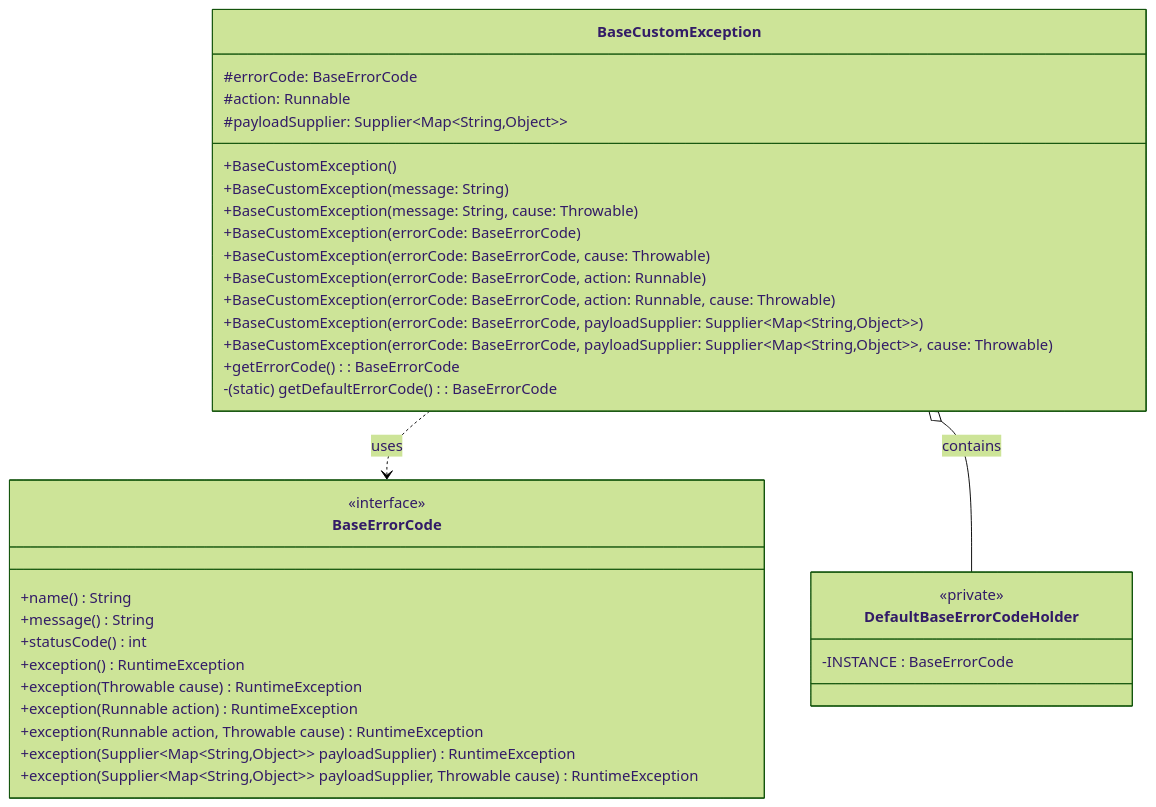
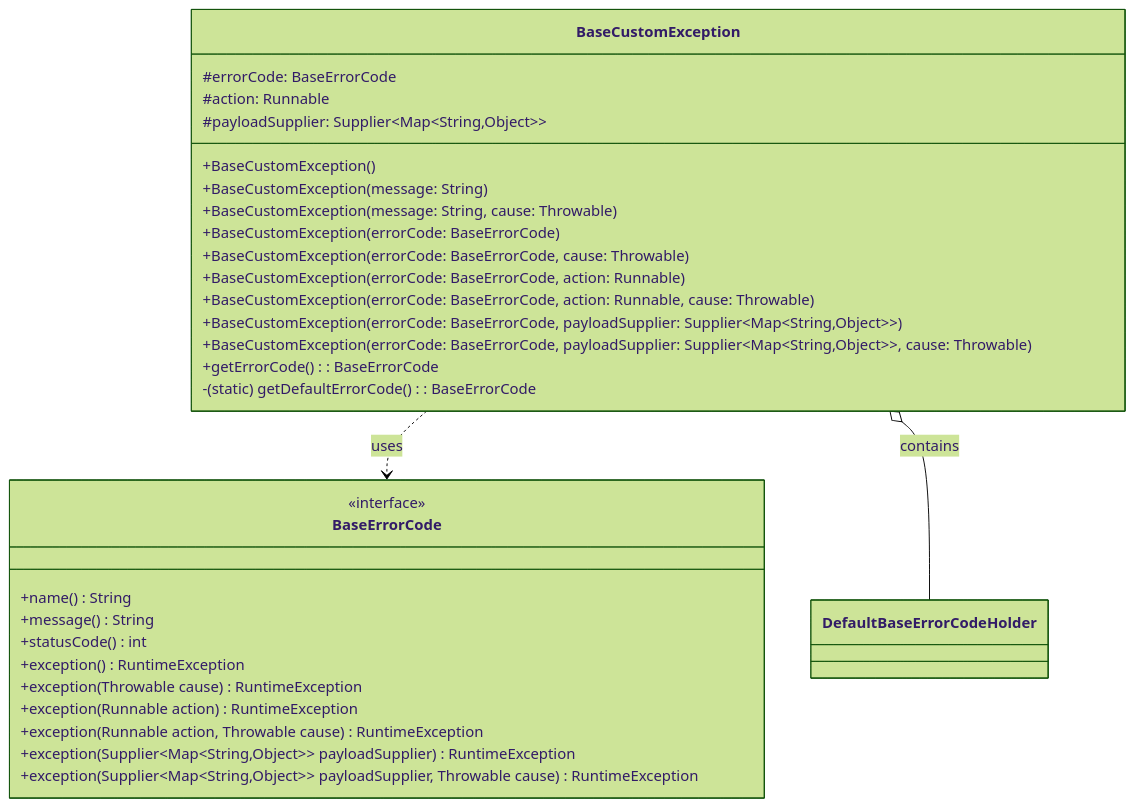
One commit to merge-simpson/letsdev-error-code-api changed the second of 3 diagrams in README.md. Above: the diagram before and after it, drawn with Mermaid.

Commit message:
docs(readme): keep editing (remove inner class diagram)

````diff
--- a/README.md
+++ b/README.md
@@ -50,45 +50,45 @@
 ```mermaid
 %%{init: {"theme": "forest", "themeVariables": {"fontFamily": "Comic Sans MS"}}}%%
 classDiagram
 %% 클래스 목록
     class BaseErrorCode {
         <<interface>>
         +name() String
         +message() String
         +statusCode() int
         +exception() RuntimeException
         +exception(Throwable cause) RuntimeException
         +exception(Runnable action) RuntimeException
         +exception(Runnable action, Throwable cause) RuntimeException
         +exception(Supplier&lt;Map&lt;String,Object>> payloadSupplier) RuntimeException
         +exception(Supplier&lt;Map&lt;String,Object>> payloadSupplier, Throwable cause) RuntimeException
     }
 
     class BaseCustomException {
         #errorCode: BaseErrorCode
         #action: Runnable
         #payloadSupplier: Supplier&lt;Map&lt;String,Object>>
         
         +BaseCustomException()
         +BaseCustomException(message: String)
         +BaseCustomException(message: String, cause: Throwable)
         +BaseCustomException(errorCode: BaseErrorCode)
         +BaseCustomException(errorCode: BaseErrorCode, cause: Throwable)
         +BaseCustomException(errorCode: BaseErrorCode, action: Runnable)
         +BaseCustomException(errorCode: BaseErrorCode, action: Runnable, cause: Throwable)
         +BaseCustomException(errorCode: BaseErrorCode, payloadSupplier: Supplier&lt;Map&lt;String,Object>>)
         +BaseCustomException(errorCode: BaseErrorCode, payloadSupplier: Supplier&lt;Map&lt;String,Object>>, cause: Throwable)
         
         +getErrorCode() : BaseErrorCode
         -(static) getDefaultErrorCode() : BaseErrorCode
     }
 
-    class DefaultBaseErrorCodeHolder {
-        <<private>>
-        -INSTANCE : BaseErrorCode
-    }
+%%    class DefaultBaseErrorCodeHolder {
+%%        <<private>>
+%%        -INSTANCE : BaseErrorCode
+%%    }
 
 %% 관계 표현
     BaseCustomException ..> BaseErrorCode : uses
     BaseCustomException o-- DefaultBaseErrorCodeHolder : contains
 ```
````
